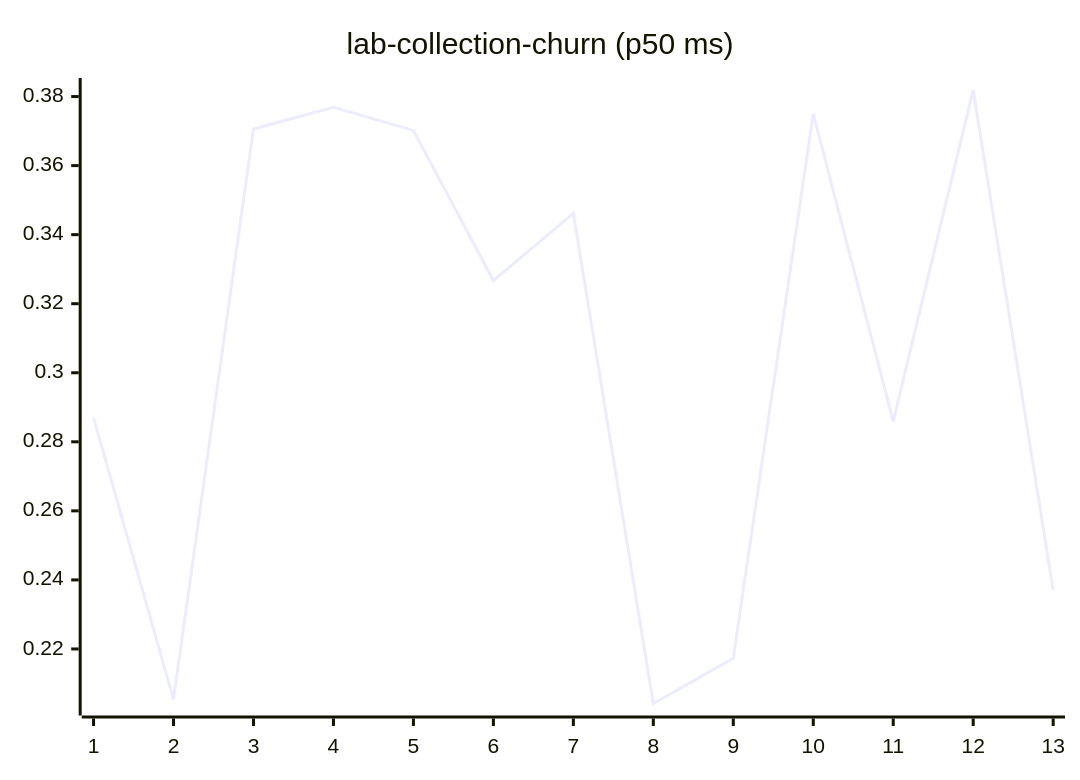
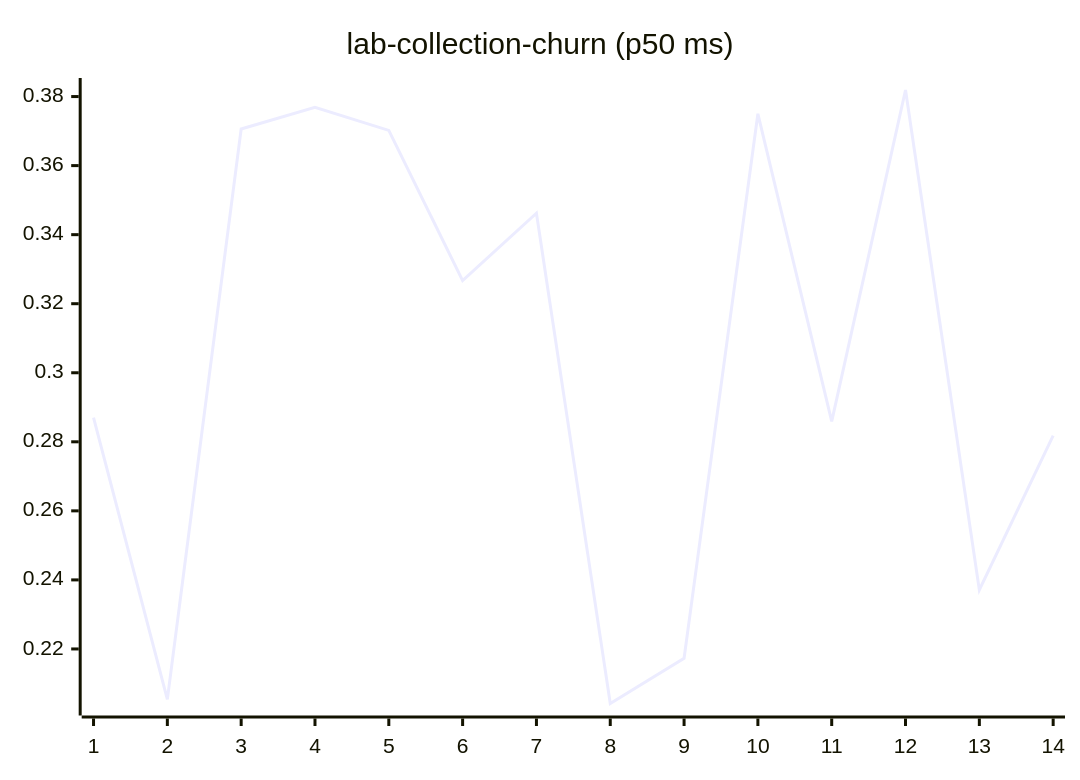
Before and after one commit to josha/Facet: diagram 11 of 27 in README.md, drawn with Mermaid. The commit also changed other lines of this file and 2 other files, not shown here.

````diff
--- a/README.md
+++ b/README.md
@@ -133,6 +133,6 @@
 ```mermaid
 xychart-beta
     title "lab-collection-churn (p50 ms)"
-    x-axis 1 --> 13
-    line [0.2870, 0.2054, 0.3706, 0.3769, 0.3702, 0.3267, 0.3462, 0.2042, 0.2173, 0.3750, 0.2859, 0.3819, 0.2371]
+    x-axis 1 --> 14
+    line [0.2870, 0.2054, 0.3706, 0.3769, 0.3702, 0.3267, 0.3462, 0.2042, 0.2173, 0.3750, 0.2859, 0.3819, 0.2371, 0.2818]
 ```
````
